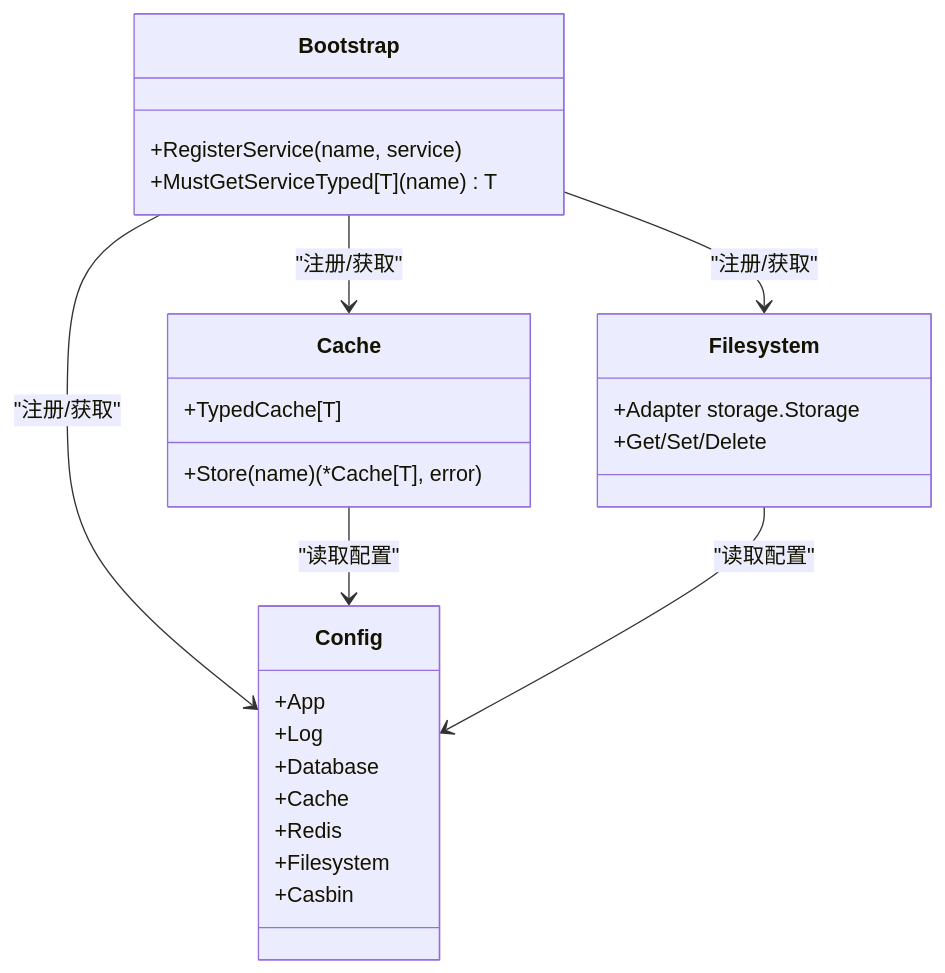
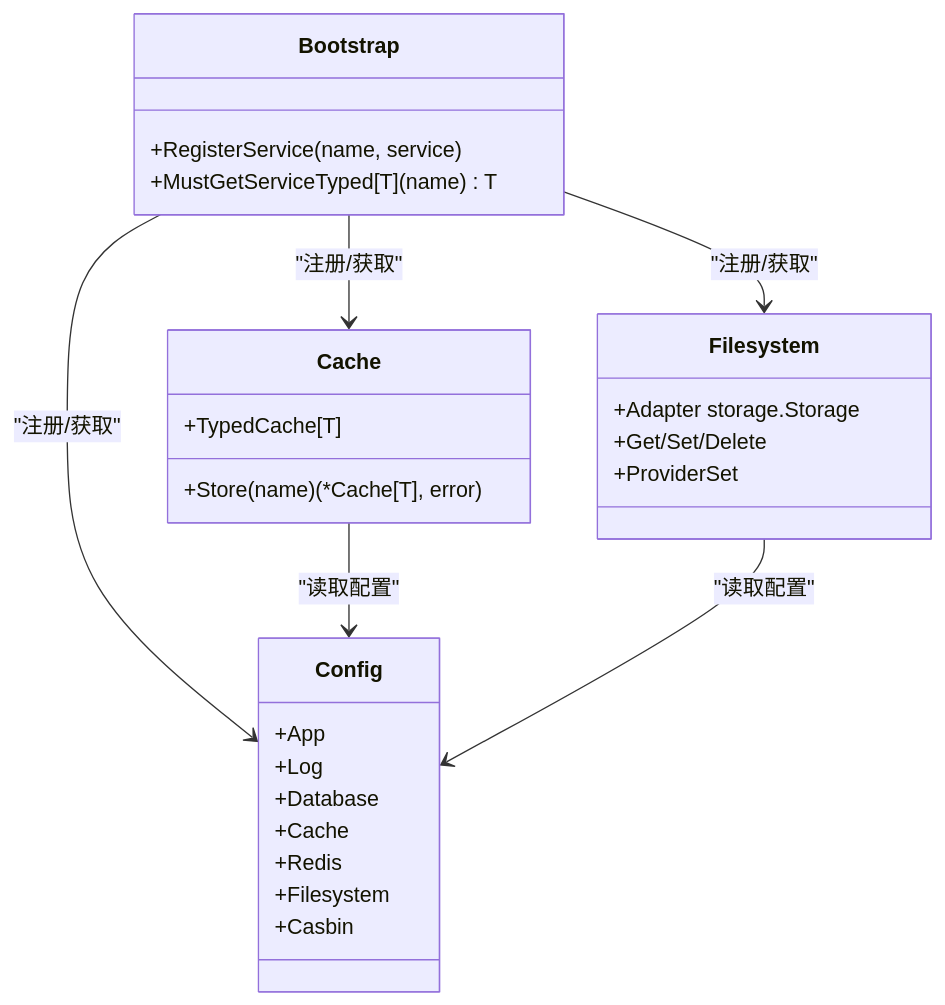
One commit to wuwuseo/cmf changed the sixth of 7 diagrams in .qoder/repowiki/zh/content/核心架构/依赖注入机制.md. Above: the diagram before and after it, drawn with Mermaid. The commit also changed other lines of this file and 4 other files, not shown here.

````diff
--- a/.qoder/repowiki/zh/content/核心架构/依赖注入机制.md
+++ b/.qoder/repowiki/zh/content/核心架构/依赖注入机制.md
@@ -278,29 +285,30 @@
 ```mermaid
 classDiagram
 class Config {
 +App
 +Log
 +Database
 +Cache
 +Redis
 +Filesystem
 +Casbin
 }
 class Cache {
 +Store(name) (*Cache[T], error)
 +TypedCache[T]
 }
 class Filesystem {
 +Adapter storage.Storage
 +Get/Set/Delete
++ProviderSet
 }
 class Bootstrap {
 +RegisterService(name, service)
 +MustGetServiceTyped[T](name) T
 }
 Bootstrap --> Config : "注册/获取"
 Bootstrap --> Cache : "注册/获取"
 Bootstrap --> Filesystem : "注册/获取"
 Cache --> Config : "读取配置"
 Filesystem --> Config : "读取配置"
 ```
````
